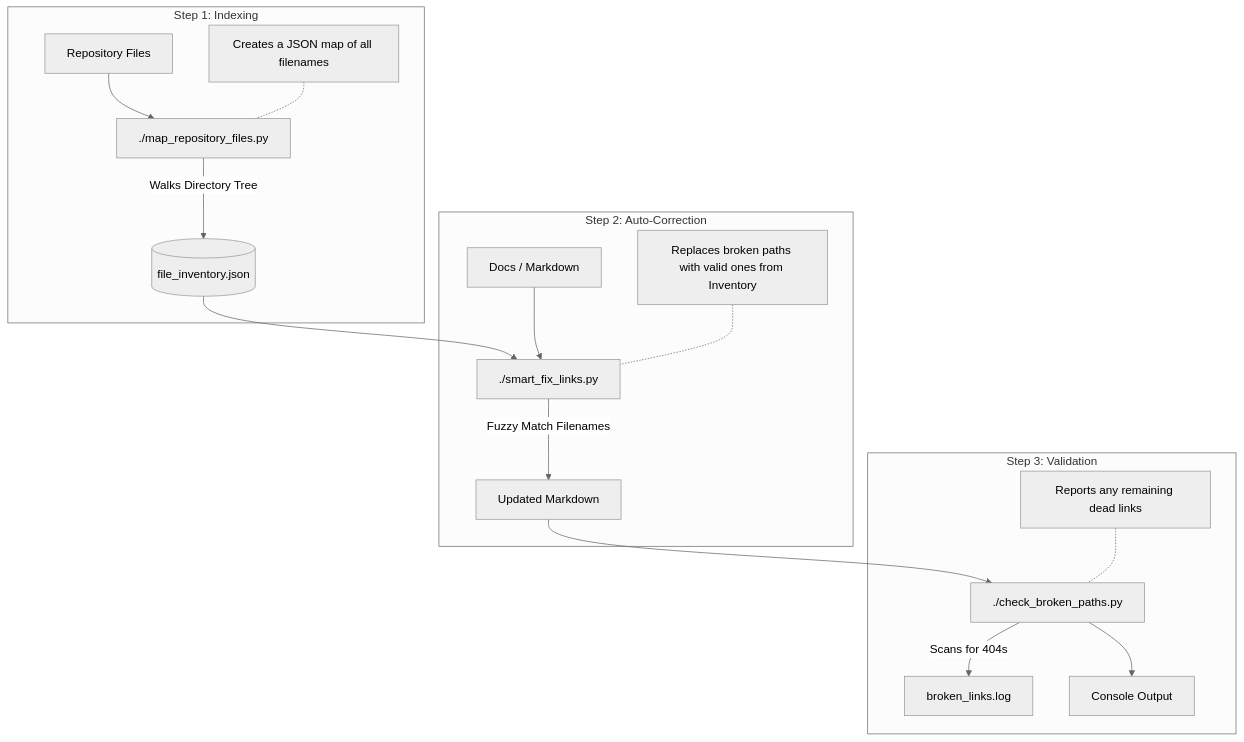
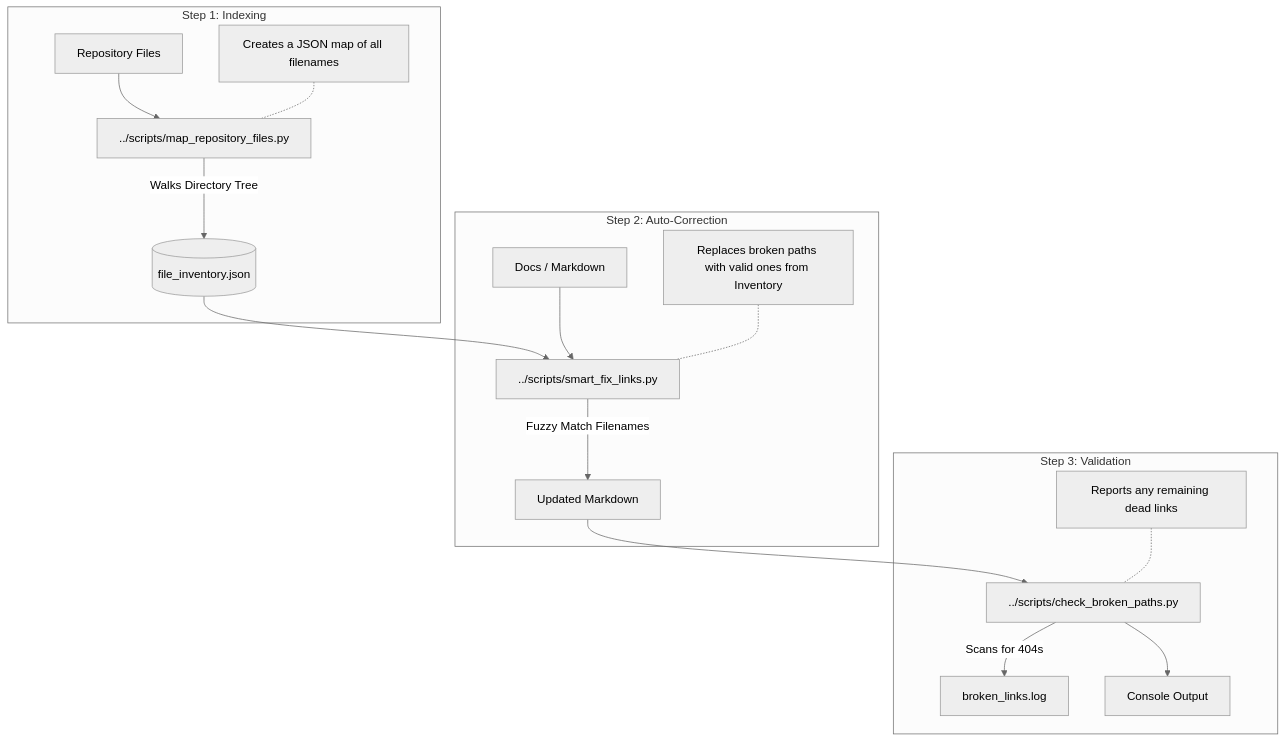
The diagram in plugins/link-checker/skills/link-checker-agent/references/logic.mmd (richfrem/agent-plugins-skills), drawn with Mermaid (neutral theme) before and after one commit. The commit also changed 89 other files, not shown here.

```diff
--- a/plugins/link-checker/skills/link-checker-agent/references/logic.mmd
+++ b/plugins/link-checker/skills/link-checker-agent/references/logic.mmd
@@ -1,23 +1,23 @@
 flowchart TD
     subgraph Initialization [Step 1: Indexing]
-        Repo[Repository Files] --> Mapper[./map_repository_files.py]
+        Repo[Repository Files] --> Mapper[../scripts/map_repository_files.py]
         Mapper -- Walks Directory Tree --> Inventory[(file_inventory.json)]
         note1[Creates a JSON map of all filenames]
         note1 -.- Mapper
     end
     
     subgraph Repair [Step 2: Auto-Correction]
-        Inventory --> Fixer[./smart_fix_links.py]
+        Inventory --> Fixer[../scripts/smart_fix_links.py]
         Markdown[Docs / Markdown] --> Fixer
         Fixer -- Fuzzy Match Filenames --> UpdatedDocs[Updated Markdown]
         note2[Replaces broken paths with valid ones from Inventory]
         note2 -.- Fixer
     end
     
     subgraph Verification [Step 3: Validation]
-        UpdatedDocs --> Checker[./check_broken_paths.py]
+        UpdatedDocs --> Checker[../scripts/check_broken_paths.py]
         Checker -- Scans for 404s --> Log[broken_links.log]
         Checker --> Console[Console Output]
         note3[Reports any remaining dead links]
         note3 -.- Checker
     end
```
